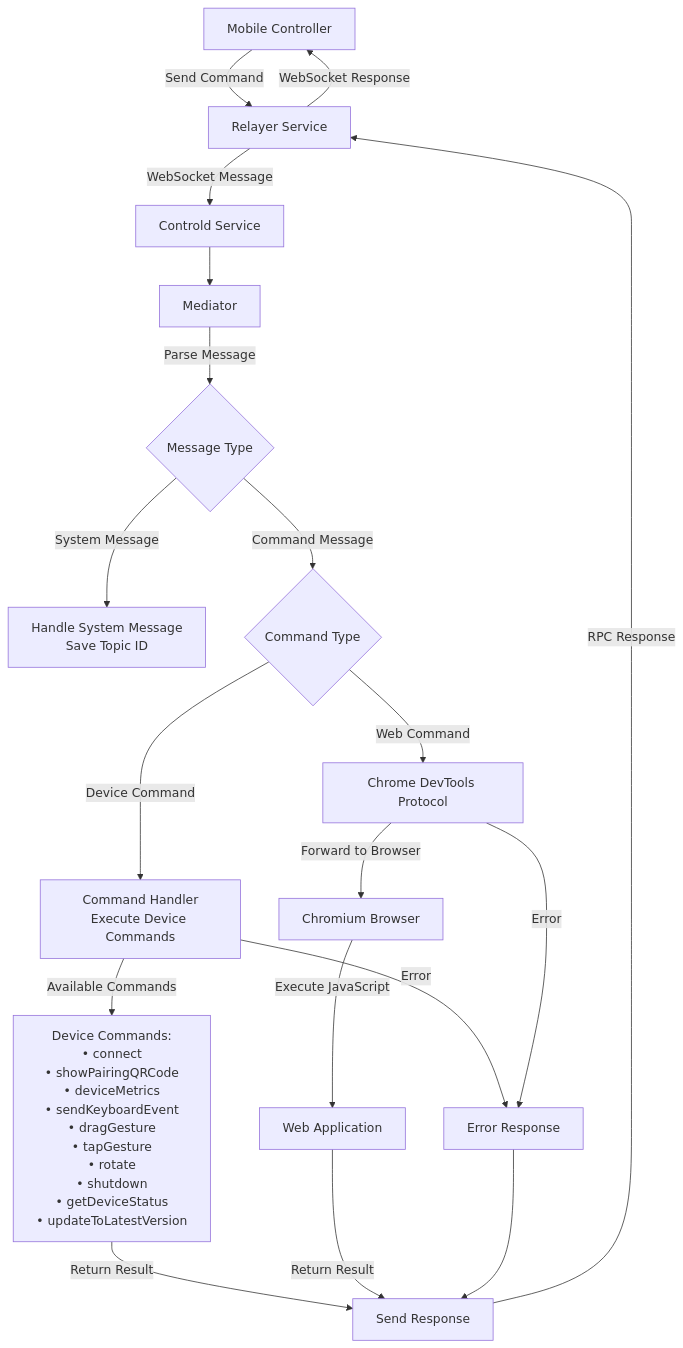
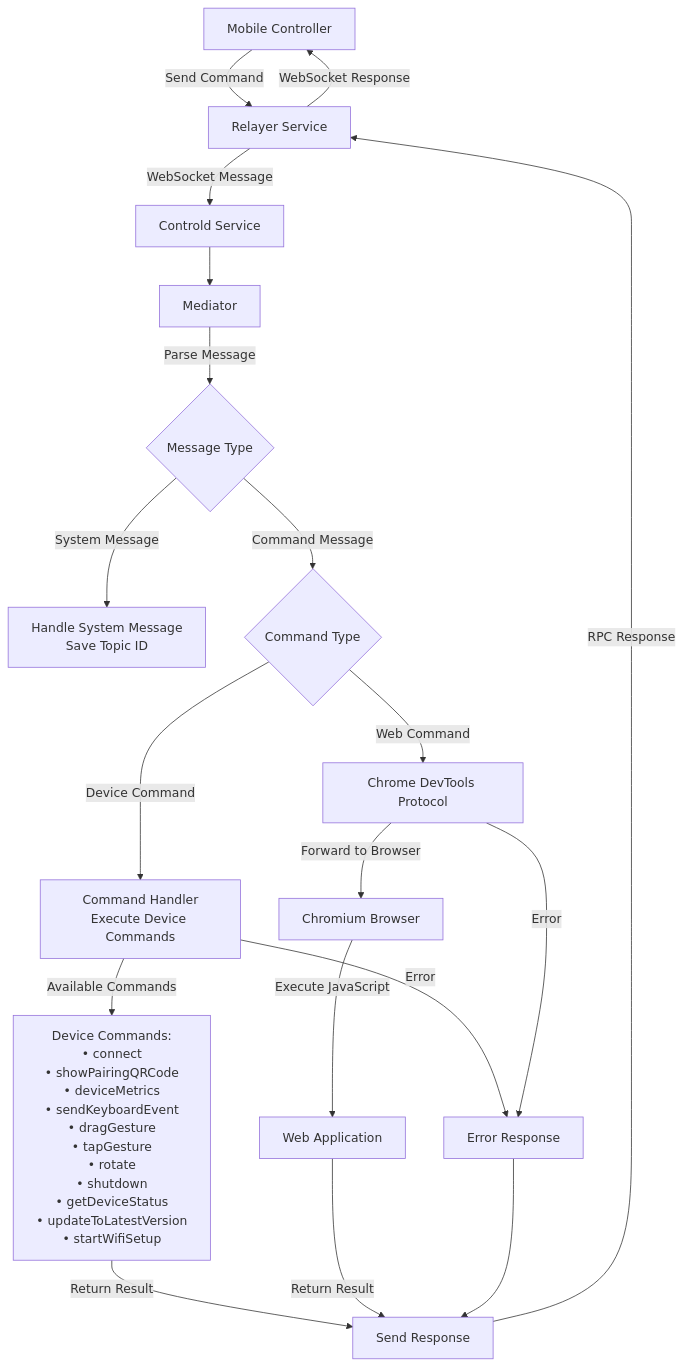
The third of 3 diagrams in docs/DEVICE_LIFECYCLE.md (feral-file/ffos), drawn with Mermaid before and after one commit. The commit also changed other lines of this file, not shown here.

First line of the commit message:
docs: AP session policy, escape cadence, and startWifiSetup in DEVICE_LIFECYCLE

````diff
--- a/docs/DEVICE_LIFECYCLE.md
+++ b/docs/DEVICE_LIFECYCLE.md
@@ -53,38 +80,38 @@
 ```mermaid
 flowchart TD
     %% Command Flow from Mobile
     Mobile[Mobile Controller] --> |Send Command| Relayer[Relayer Service]
     Relayer --> |WebSocket Message| Controld[Controld Service]
     
     %% Command Processing
     Controld --> Mediator[Mediator]
     Mediator --> |Parse Message| Parse{Message Type}
     
     Parse --> |System Message| System[Handle System Message<br/>Save Topic ID]
     Parse --> |Command Message| CmdType{Command Type}
     
     CmdType --> |Device Command| DeviceCmd[Command Handler<br/>Execute Device Commands]
     CmdType --> |Web Command| WebCmd[Chrome DevTools Protocol]
     
-    DeviceCmd --> |Available Commands| Commands[Device Commands:<br/>• connect<br/>• showPairingQRCode<br/>• deviceMetrics<br/>• sendKeyboardEvent<br/>• dragGesture<br/>• tapGesture<br/>• rotate<br/>• shutdown<br/>• getDeviceStatus<br/>• updateToLatestVersion]
+    DeviceCmd --> |Available Commands| Commands[Device Commands:<br/>• connect<br/>• showPairingQRCode<br/>• deviceMetrics<br/>• sendKeyboardEvent<br/>• dragGesture<br/>• tapGesture<br/>• rotate<br/>• shutdown<br/>• getDeviceStatus<br/>• updateToLatestVersion<br/>• startWifiSetup]
     
     WebCmd --> |Forward to Browser| Browser[Chromium Browser]
     Browser --> |Execute JavaScript| WebApp[Web Application]
     
     %% Response Flow
     Commands --> |Return Result| Response[Send Response]
     WebApp --> |Return Result| Response
     
     Response --> |RPC Response| Relayer
     Relayer --> |WebSocket Response| Mobile
     
     %% Error Handling
     DeviceCmd --> |Error| Error[Error Response]
     WebCmd --> |Error| Error
     Error --> Response
     
     class Controld,Relayer service
     class Mediator,Commands,Browser,WebApp component
     class Parse,CmdType decision
     class Mobile external
 ```
````
